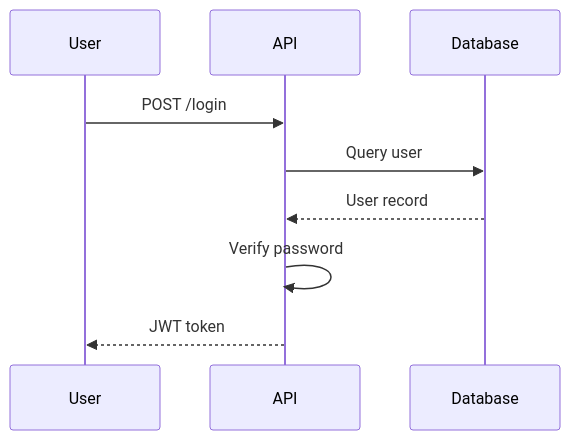
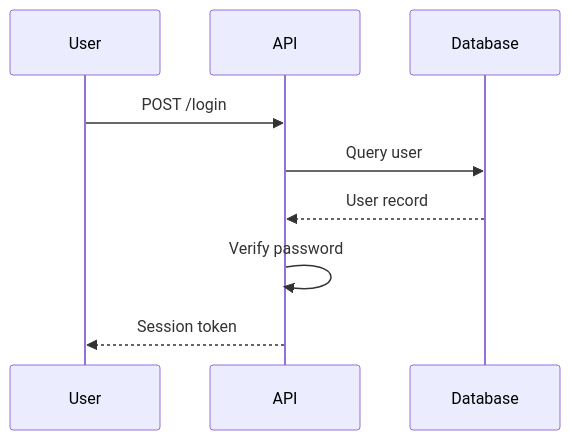
The fifth of 6 diagrams in commands/arch-diagram.md (Lyther/agent-surface), drawn with Mermaid before and after one commit. The commit also changed other lines of this file and 3 other files, not shown here.

Commit message:
Refine architecture planning commands

````diff
--- a/commands/arch-diagram.md
+++ b/commands/arch-diagram.md
@@ -145,12 +207,12 @@
 ```mermaid
 sequenceDiagram
     participant U as User
     participant A as API
     participant D as Database
 
     U->>A: POST /login
     A->>D: Query user
     D-->>A: User record
     A->>A: Verify password
-    A-->>U: JWT token
+    A-->>U: Session token
 ```
````
